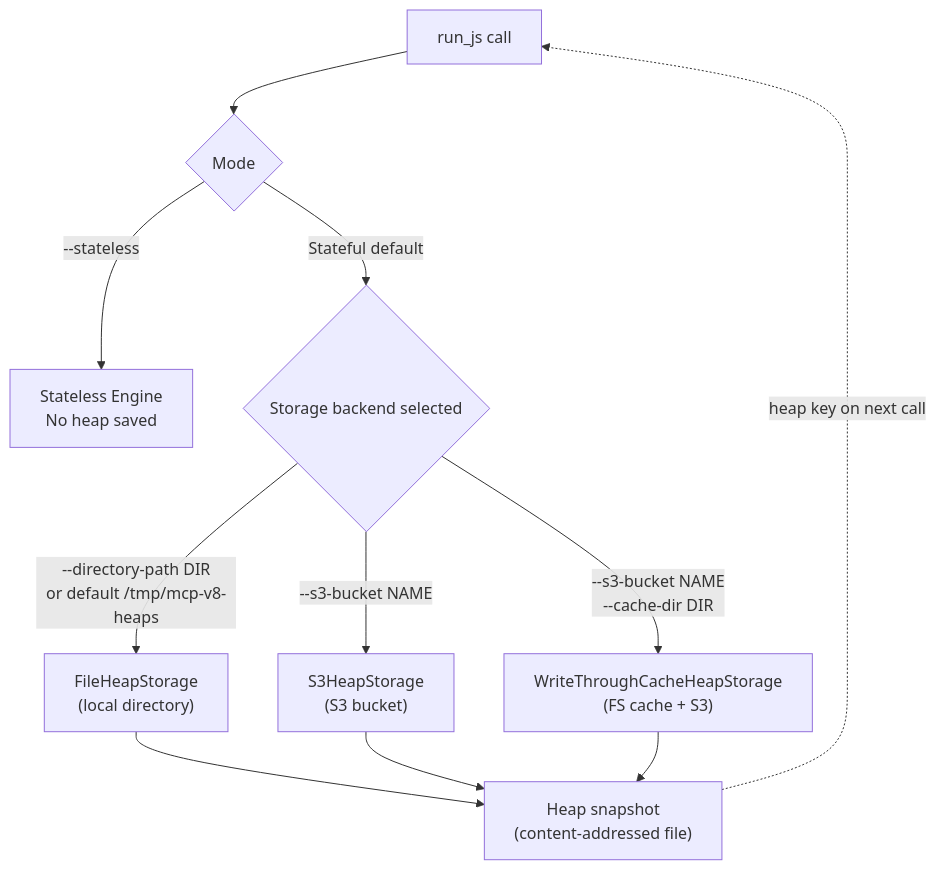
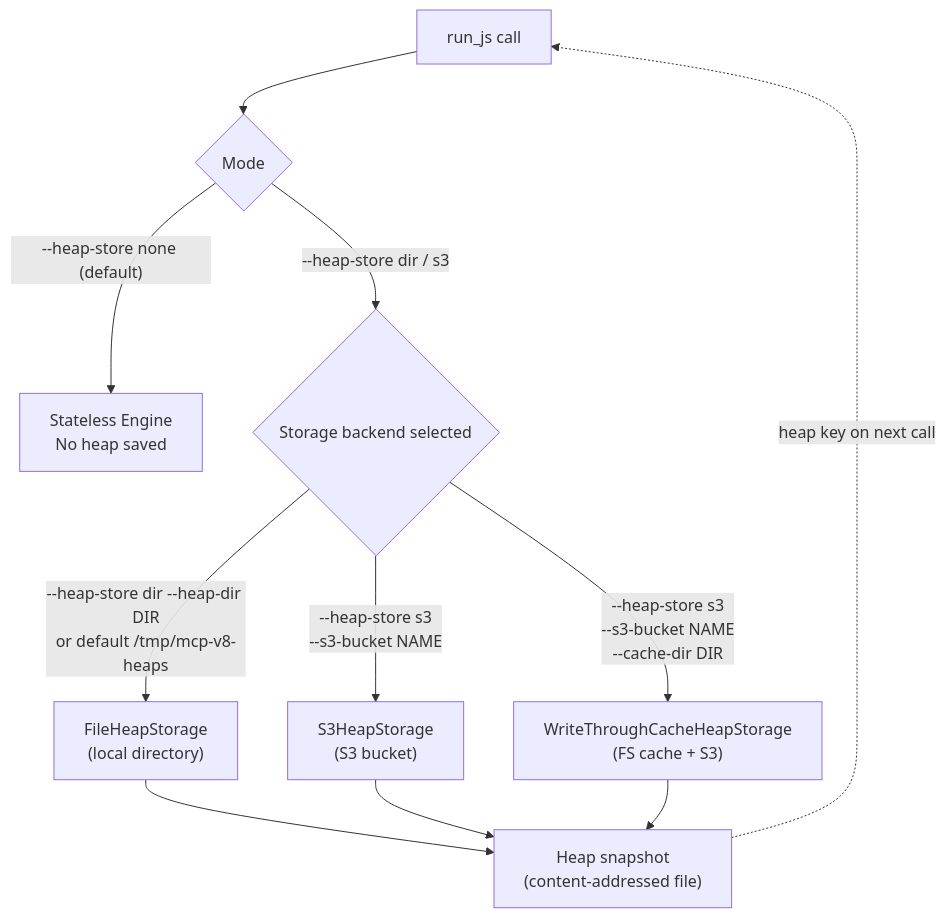
The diagram in site-docs/concepts/storage-backends.md (r33drichards/mcp-js), drawn with Mermaid before and after one commit. The commit also changed other lines of this file and 30 other files, not shown here.

````diff
--- a/site-docs/concepts/storage-backends.md
+++ b/site-docs/concepts/storage-backends.md
@@ -14,13 +14,13 @@
 ```mermaid
 flowchart TD
     entry["run_js call"] --> mode{Mode}
-    mode -->|"--stateless"| sl["Stateless Engine<br/>No heap saved"]
-    mode -->|"Stateful default"| sel{Storage backend selected}
-    sel -->|"--directory-path DIR<br/>or default /tmp/mcp-v8-heaps"| fs["FileHeapStorage<br/>(local directory)"]
-    sel -->|"--s3-bucket NAME"| s3["S3HeapStorage<br/>(S3 bucket)"]
-    sel -->|"--s3-bucket NAME<br/>--cache-dir DIR"| wt["WriteThroughCacheHeapStorage<br/>(FS cache + S3)"]
+    mode -->|"--heap-store none (default)"| sl["Stateless Engine<br/>No heap saved"]
+    mode -->|"--heap-store dir / s3"| sel{Storage backend selected}
+    sel -->|"--heap-store dir --heap-dir DIR<br/>or default /tmp/mcp-v8-heaps"| fs["FileHeapStorage<br/>(local directory)"]
+    sel -->|"--heap-store s3<br/>--s3-bucket NAME"| s3["S3HeapStorage<br/>(S3 bucket)"]
+    sel -->|"--heap-store s3<br/>--s3-bucket NAME<br/>--cache-dir DIR"| wt["WriteThroughCacheHeapStorage<br/>(FS cache + S3)"]
     fs --> snap["Heap snapshot<br/>(content-addressed file)"]
     s3 --> snap
     wt --> snap
     snap -.->|"heap key on next call"| entry
 ```
````
